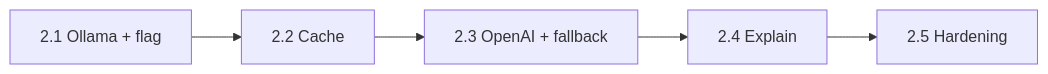
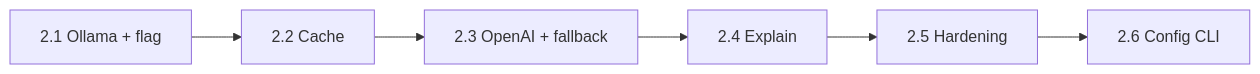
One commit to alibaba40core/clx changed the diagram in doc/phase-2.md. Above: the diagram before and after it, drawn with Mermaid. The commit also changed other lines of this file and 34 other files, not shown here.

First line of the commit message:
Phase 2.6: clx config CLI, encrypted API keys, and clearer AI miss errors

````diff
--- a/doc/phase-2.md
+++ b/doc/phase-2.md
@@ -92,7 +98,8 @@
 ```mermaid
 flowchart LR
     A[2.1 Ollama + flag] --> B[2.2 Cache]
     B --> C[2.3 OpenAI + fallback]
     C --> D[2.4 Explain]
     D --> E[2.5 Hardening]
+    E --> F[2.6 Config CLI]
 ```
````
